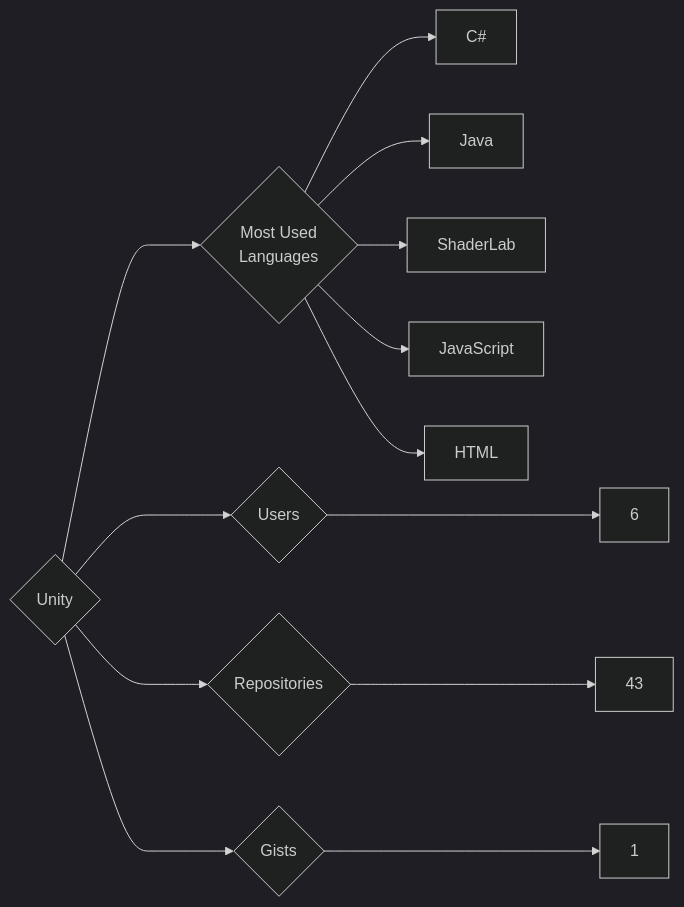
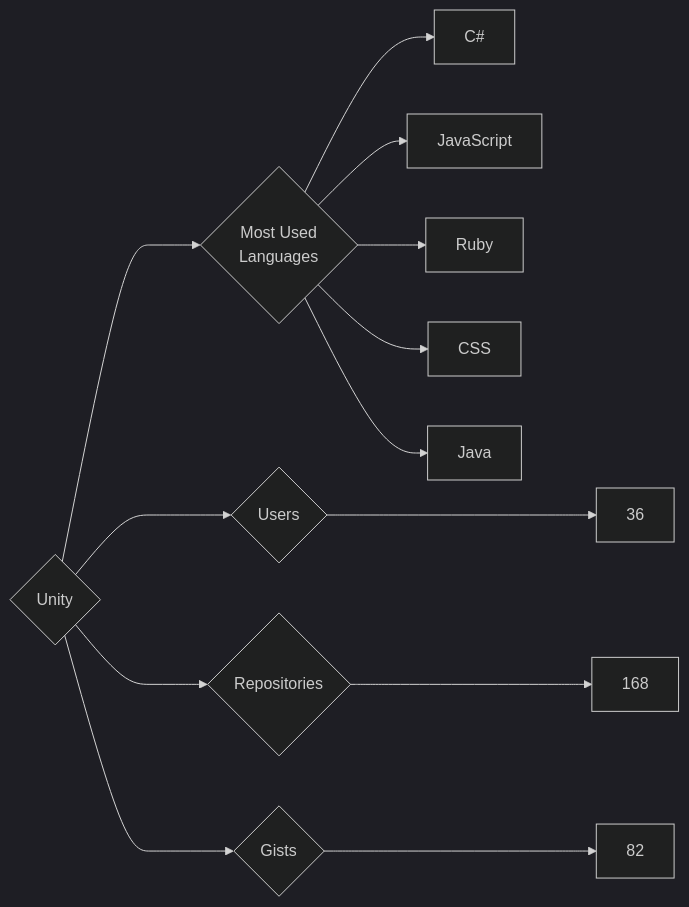
The diagram in targets/Unity/README.md (trickest/insiders), drawn with Mermaid (dark theme) before and after one commit. The commit also changed 953 other files, not shown here.

````diff
--- a/targets/Unity/README.md
+++ b/targets/Unity/README.md
@@ -3,13 +3,13 @@
 ```mermaid
 graph LR
 COMPANY_NAME{Unity}
-COMPANY_NAME ---> U{Users} ---> UN[6]
-COMPANY_NAME ---> R{Repositories} ---> RN[43]
-COMPANY_NAME ---> G{Gists} ---> GN[1]
+COMPANY_NAME ---> U{Users} ---> UN[36]
+COMPANY_NAME ---> R{Repositories} ---> RN[168]
+COMPANY_NAME ---> G{Gists} ---> GN[82]
 COMPANY_NAME ---> ML{Most Used<br>Languages}
 ML --> C#[C#]
+ML --> JavaScript[JavaScript]
+ML --> Ruby[Ruby]
+ML --> CSS[CSS]
 ML --> Java[Java]
-ML --> ShaderLab[ShaderLab]
-ML --> JavaScript[JavaScript]
-ML --> HTML[HTML]
 ```
````
